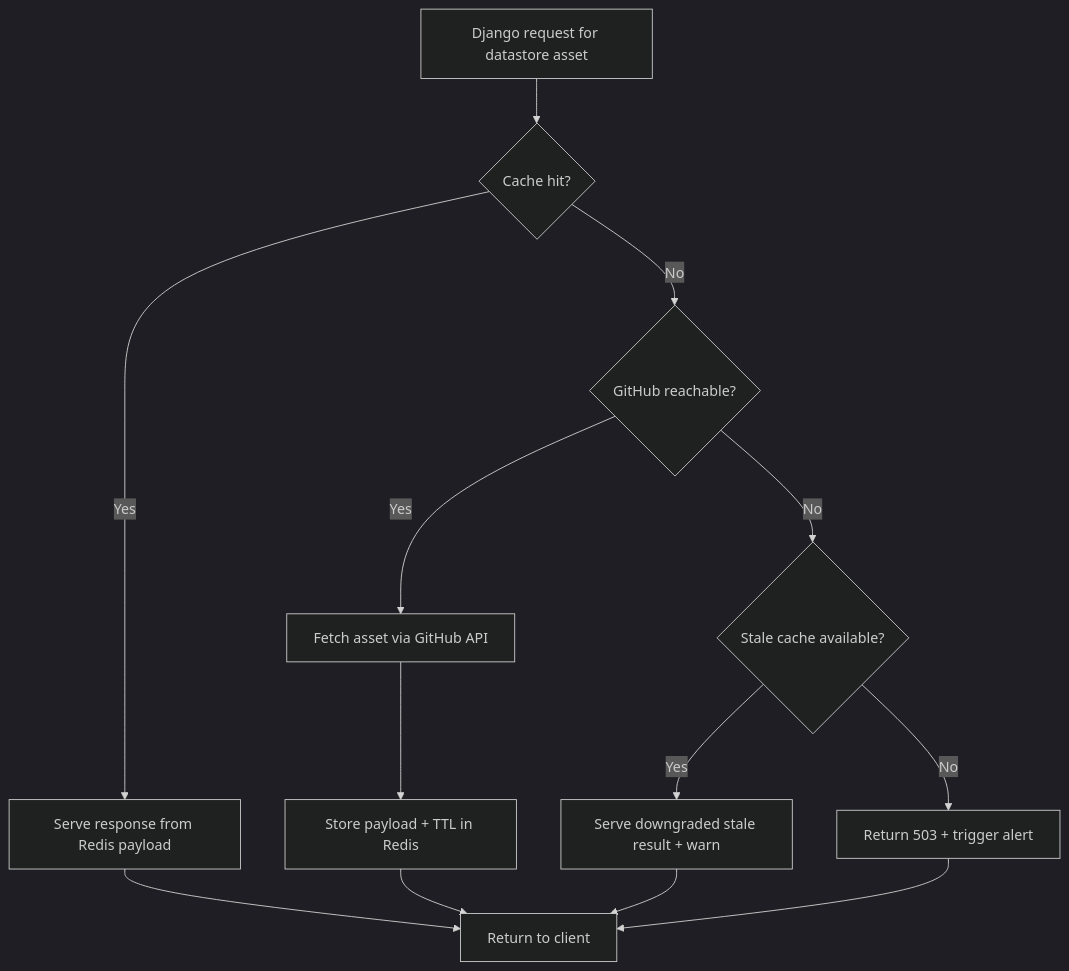
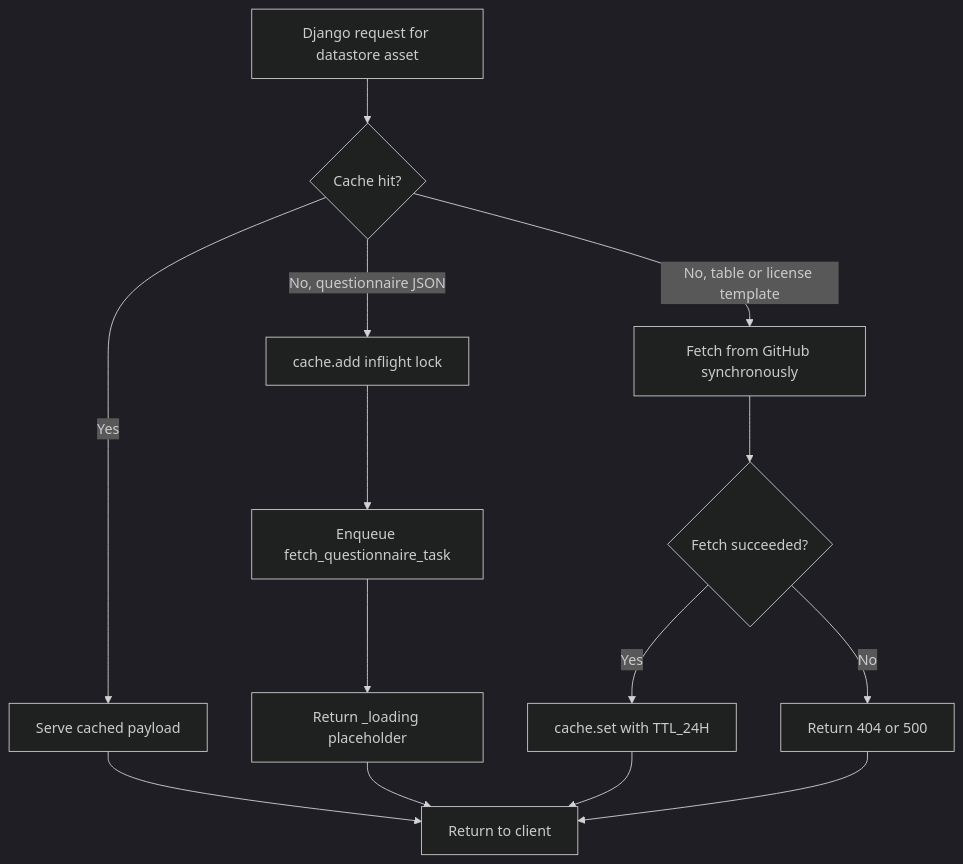
The third of 5 diagrams in docs/cache-architecture.md (ClimateSmartAgCollab/DRT_Design_Document), drawn with Mermaid (dark theme) before and after one commit. The commit also changed other lines of this file and 13 other files, not shown here.

Commit message:
Fix GitHub cache refresh pipeline and harden cache behavior

````diff
--- a/docs/cache-architecture.md
+++ b/docs/cache-architecture.md
@@ -96,15 +97,16 @@
 ```mermaid
 flowchart TD
     A[Django request for datastore asset] --> B{Cache hit?}
-    B -- Yes --> C[Serve response from Redis payload]
+    B -- Yes --> C[Serve cached payload]
     C --> Z[Return to client]
-    B -- No --> D{GitHub reachable?}
-    D -- Yes --> E[Fetch asset via GitHub API]
-    E --> F[Store payload + TTL in Redis]
+    B -- No, questionnaire JSON --> Q[cache.add inflight lock]
+    Q --> Qfetch[Enqueue fetch_questionnaire_task]
+    Qfetch --> Qresp[Return _loading placeholder]
+    Qresp --> Z
+    B -- No, table or license template --> D[Fetch from GitHub synchronously]
+    D --> E{Fetch succeeded?}
+    E -- Yes --> F[cache.set with TTL_24H]
     F --> Z
-    D -- No --> G{Stale cache available?}
-    G -- Yes --> H[Serve downgraded stale result + warn]
-    H --> Z
-    G -- No --> I[Return 503 + trigger alert]
-    I --> Z
+    E -- No --> G[Return 404 or 500]
+    G --> Z
 ```
````
